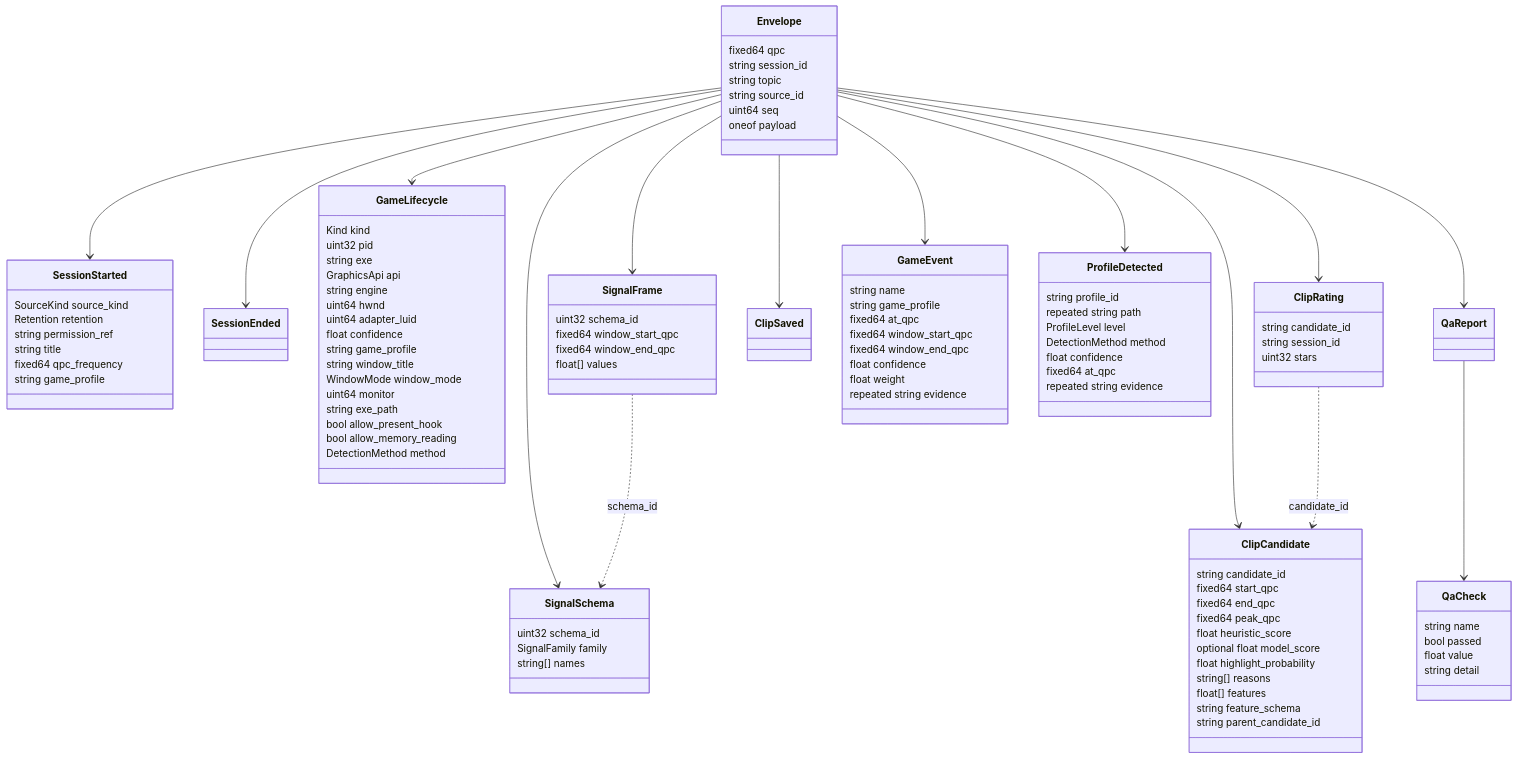
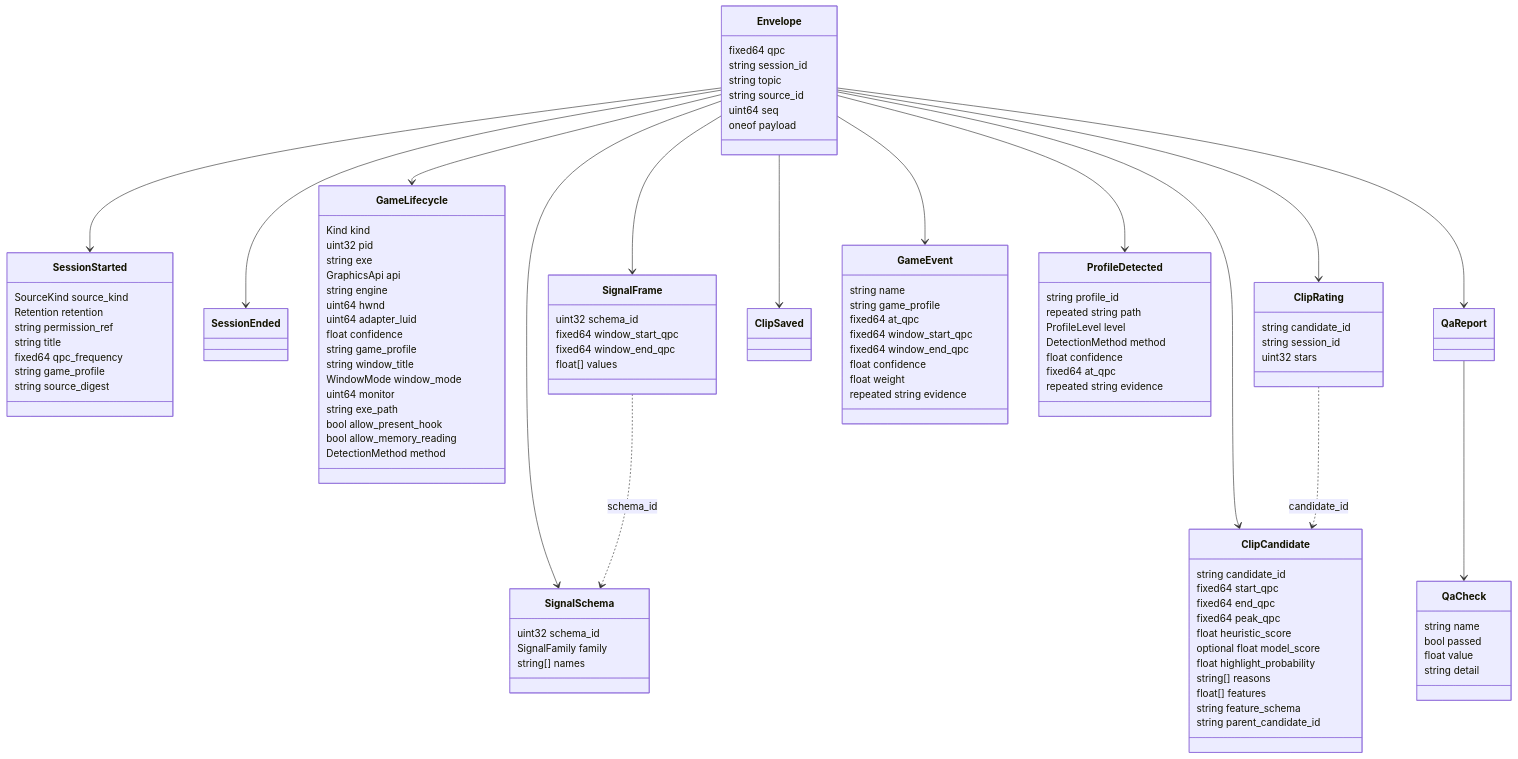
Before and after one commit to Joshmh7128/Lookback: the diagram in docs/wiki/Event-Schema.md, drawn with Mermaid. The commit also changed other lines of this file and 28 other files, not shown here.

```diff
--- a/docs/wiki/Event-Schema.md
+++ b/docs/wiki/Event-Schema.md
@@ -76,6 +76,7 @@
         string title
         fixed64 qpc_frequency
         string game_profile
+        string source_digest
     }
     class GameLifecycle {
         Kind kind
```
